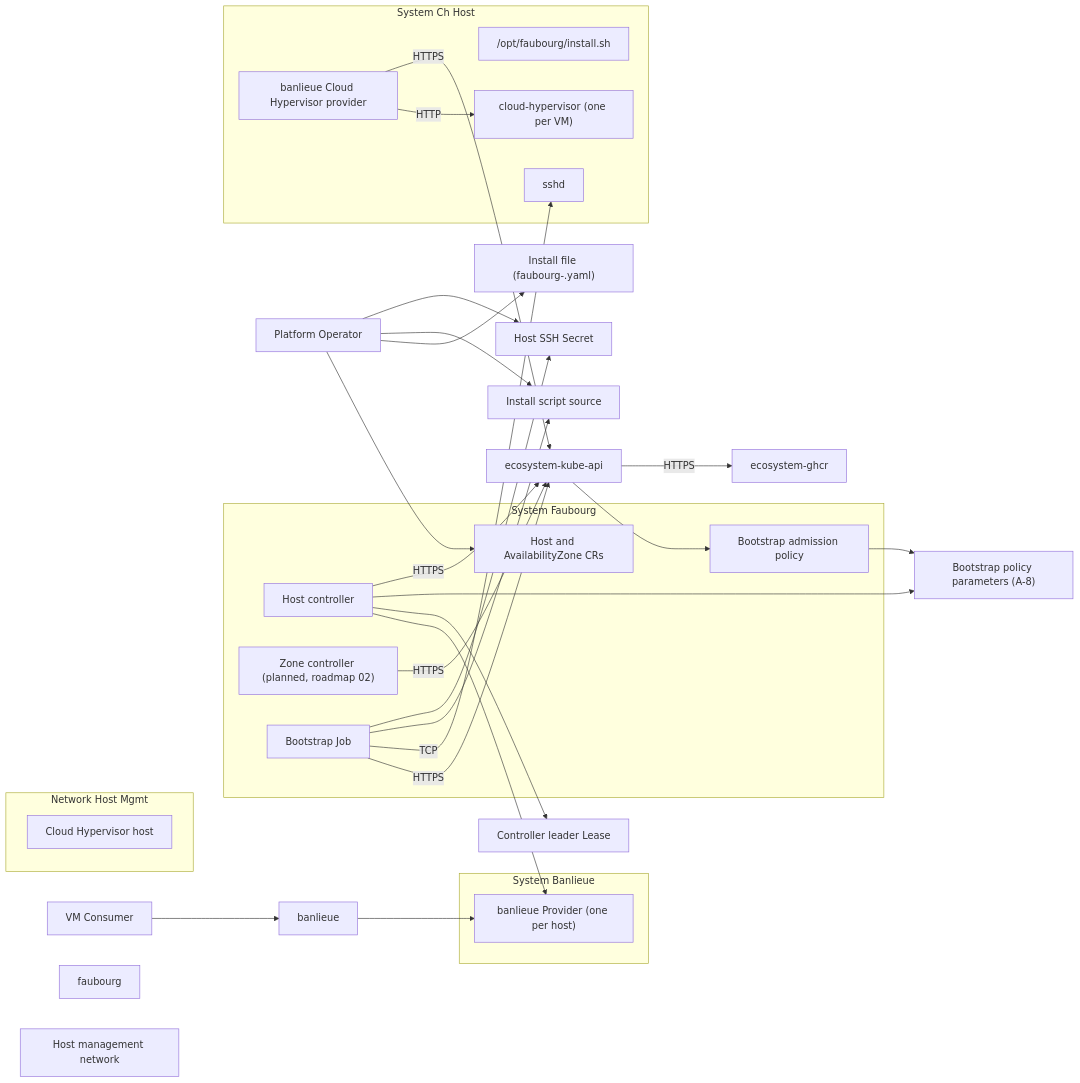
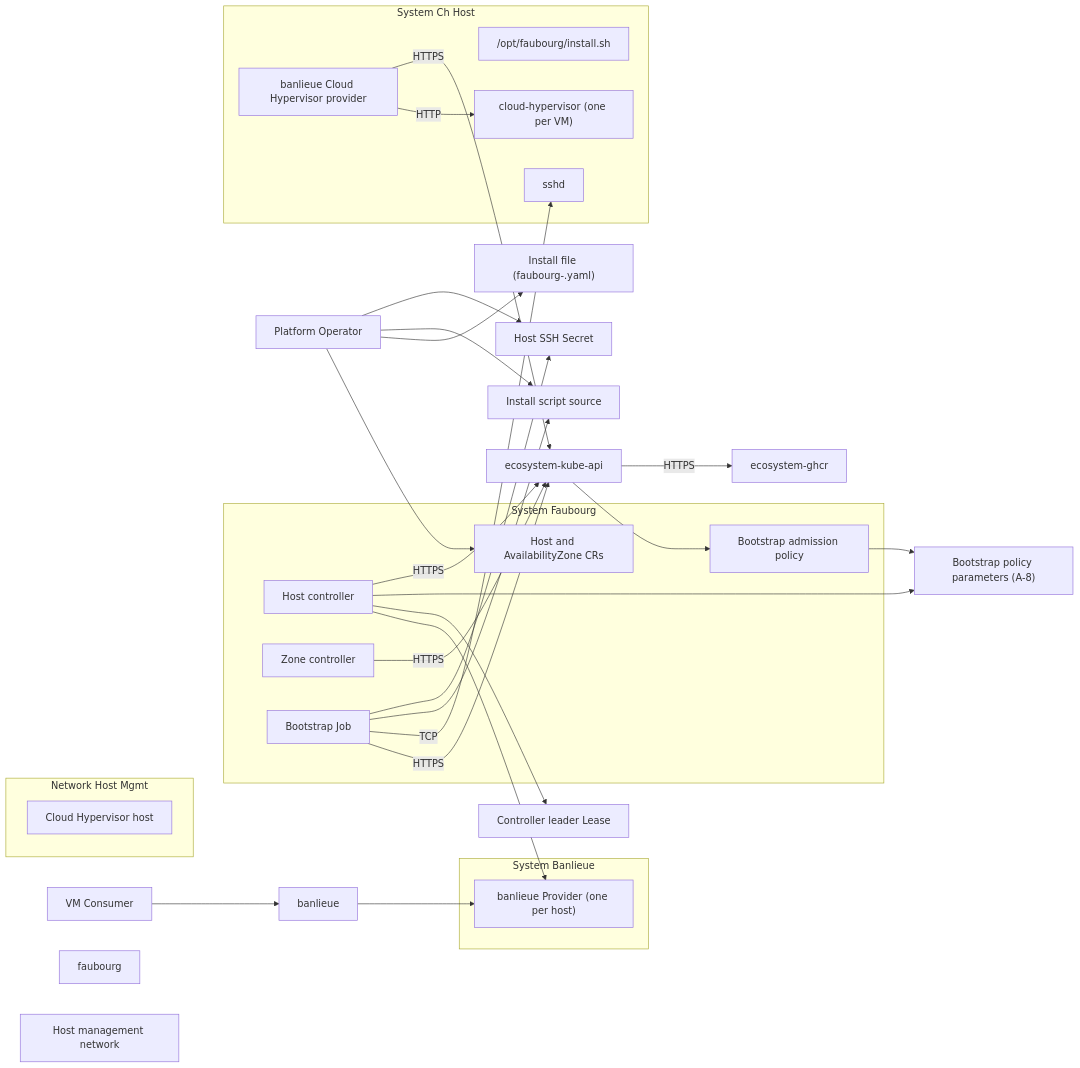
One commit to firestoned/faubourg changed the diagram in docs/architecture/diagrams/system.md. Above: the diagram before and after it, drawn with Mermaid. The commit also changed 16 other files, not shown here.

````diff
--- a/docs/architecture/diagrams/system.md
+++ b/docs/architecture/diagrams/system.md
@@ -21,63 +21,63 @@
 ```mermaid
 flowchart LR
     actor-platform-operator["Platform Operator"]
     actor-vm-consumer["VM Consumer"]
     system-faubourg["faubourg"]
     service-host-controller["Host controller"]
-    service-zone-controller["Zone controller (planned, roadmap 02)"]
+    service-zone-controller["Zone controller"]
     service-bootstrap-job["Bootstrap Job"]
     service-bootstrap-admission-policy["Bootstrap admission policy"]
     data-asset-bootstrap-policy-params["Bootstrap policy parameters (A-8)"]
     data-asset-controller-lease["Controller leader Lease"]
     data-asset-host-az-crs["Host and AvailabilityZone CRs"]
     data-asset-ssh-secret["Host SSH Secret"]
     system-banlieue["banlieue"]
     data-asset-provider-cr["banlieue Provider (one per host)"]
     system-ch-host["Cloud Hypervisor host"]
     data-asset-install-script["Install script source"]
     data-asset-host-install-script["/opt/faubourg/install.sh"]
     service-ssh["sshd"]
     service-banlieue-ch-provider["banlieue Cloud Hypervisor provider"]
     service-cloud-hypervisor["cloud-hypervisor (one per VM)"]
     network-host-mgmt["Host management network"]
     data-asset-install-file["Install file (faubourg-<version>.yaml)"]
     subgraph sg_system-faubourg [System Faubourg]
         service-host-controller
         service-zone-controller
         service-bootstrap-job
         service-bootstrap-admission-policy
         data-asset-host-az-crs
     end
     subgraph sg_system-ch-host [System Ch Host]
         service-ssh
         data-asset-host-install-script
         service-banlieue-ch-provider
         service-cloud-hypervisor
     end
     subgraph sg_system-banlieue [System Banlieue]
         data-asset-provider-cr
     end
     subgraph sg_network-host-mgmt [Network Host Mgmt]
         system-ch-host
     end
     actor-platform-operator --> data-asset-host-az-crs
     actor-platform-operator --> data-asset-ssh-secret
     actor-platform-operator --> data-asset-install-script
     actor-vm-consumer --> system-banlieue
     service-host-controller -->|HTTPS| ecosystem-kube-api
     ecosystem-kube-api --> service-bootstrap-admission-policy
     service-bootstrap-admission-policy --> data-asset-bootstrap-policy-params
     service-host-controller --> data-asset-bootstrap-policy-params
     service-host-controller --> data-asset-controller-lease
     service-zone-controller -->|HTTPS| ecosystem-kube-api
     service-bootstrap-job --> data-asset-ssh-secret
     service-bootstrap-job --> data-asset-install-script
     service-bootstrap-job -->|TCP| service-ssh
     service-banlieue-ch-provider -->|HTTPS| ecosystem-kube-api
     service-banlieue-ch-provider -->|HTTP| service-cloud-hypervisor
     system-banlieue --> data-asset-provider-cr
     service-host-controller --> data-asset-provider-cr
     service-bootstrap-job -->|HTTPS| ecosystem-kube-api
     ecosystem-kube-api -->|HTTPS| ecosystem-ghcr
     actor-platform-operator --> data-asset-install-file
 ```
````
